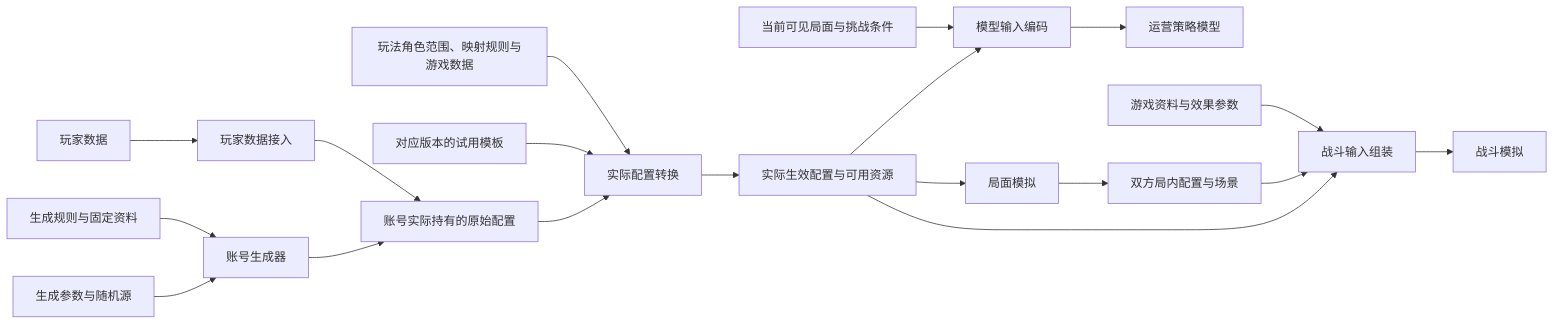
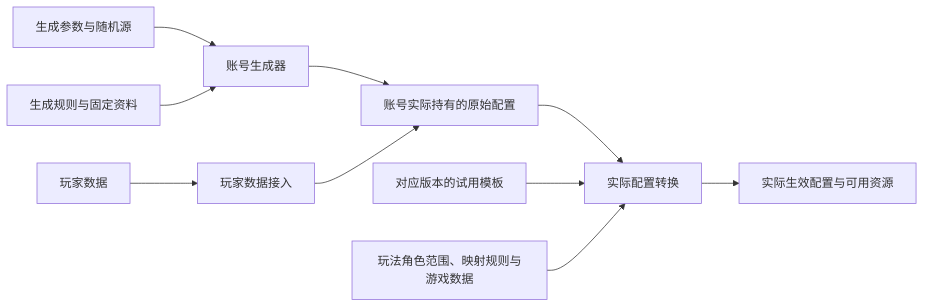
One commit to Sakura-Ex/Hyacimicon changed the diagram in docs/modules/account-generation/data-flow.md. Above: the diagram before and after it, drawn with Mermaid. The commit also changed other lines of this file and 65 other files, not shown here.

````diff
--- a/docs/modules/account-generation/data-flow.md
+++ b/docs/modules/account-generation/data-flow.md
@@ -9,21 +9,12 @@
 ```mermaid
 flowchart LR
     request[生成参数与随机源] --> generator[账号生成器]
     generationRules[生成规则与固定资料] --> generator
     generator --> raw[账号实际持有的原始配置]
     player[玩家数据] --> playerInput[玩家数据接入]
     playerInput --> raw
     raw --> convert[实际配置转换]
     trial[对应版本的试用模板] --> convert
     gameRules[玩法角色范围、映射规则与游戏数据] --> convert
     convert --> effective[实际生效配置与可用资源]
-    effective --> encode[模型输入编码]
-    observation[当前可见局面与挑战条件] --> encode
-    encode --> model[运营策略模型]
-    effective --> run[局面模拟]
-    run --> encounter[双方局内配置与场景]
-    effective --> assemble[战斗输入组装]
-    encounter --> assemble
-    battleData[游戏资料与效果参数] --> assemble
-    assemble --> battle[战斗模拟]
 ```
````
